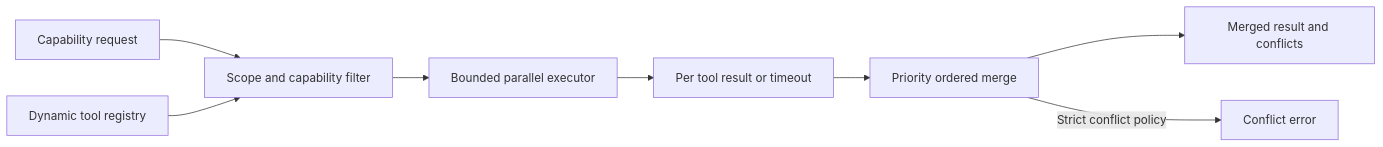
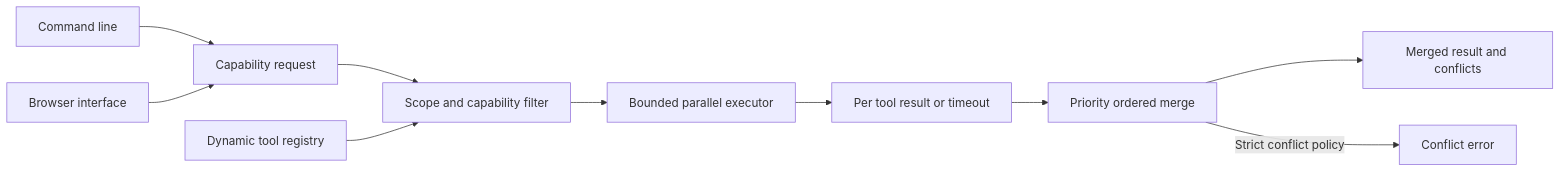
The diagram in README.md (kh-bikash/capability-tool-orchestrator), drawn with Mermaid before and after one commit. The commit also changed other lines of this file and 12 other files, not shown here.

Commit message:
Ship runnable CLI and browser product

````diff
--- a/README.md
+++ b/README.md
@@ -39,10 +41,12 @@
 ```mermaid
 flowchart LR
+    CLI[Command line] --> Request
+    Browser[Browser interface] --> Request
     Request[Capability request] --> Scope[Scope and capability filter]
     Registry[Dynamic tool registry] --> Scope
     Scope --> Pool[Bounded parallel executor]
     Pool --> Results[Per tool result or timeout]
     Results --> Merge[Priority ordered merge]
     Merge --> Output[Merged result and conflicts]
     Merge -->|Strict conflict policy| Failure[Conflict error]
 ```
````
